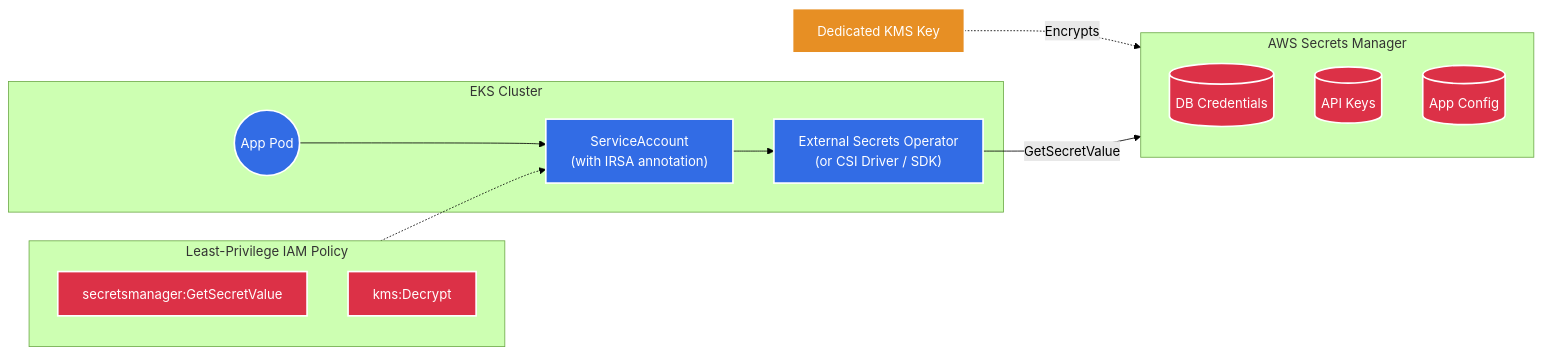
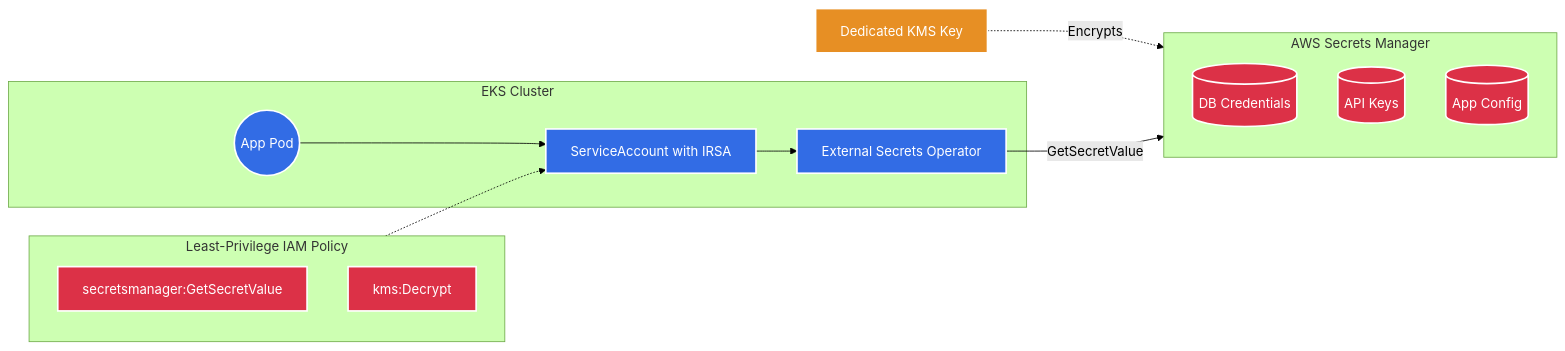
The first of 3 diagrams in modules/secrets-manager/README.md (selvakumarperumal/EKS_k8s_custom_template_with_Terraform), drawn with Mermaid (forest theme) before and after one commit. The commit also changed other lines of this file and 5 other files, not shown here.

Commit message:
docs: rewrite all module READMEs with fixed Mermaid diagrams and Terraform code snippets

````diff
--- a/modules/secrets-manager/README.md
+++ b/modules/secrets-manager/README.md
@@ -9,33 +9,33 @@
 ```mermaid
 graph LR
-    classDef k8s fill:#326CE5,stroke:#fff,stroke-width:2px,color:#fff
-    classDef aws fill:#DC3147,stroke:#fff,stroke-width:2px,color:#fff
-    classDef key fill:#E78F24,stroke:#fff,stroke-width:2px,color:#fff
+    classDef k8sStyle fill:#326CE5,stroke:#fff,stroke-width:2px,color:#fff
+    classDef awsStyle fill:#DC3147,stroke:#fff,stroke-width:2px,color:#fff
+    classDef keyStyle fill:#E78F24,stroke:#fff,stroke-width:2px,color:#fff
 
     subgraph EKS_Cluster ["EKS Cluster"]
         Pod(("App Pod"))
-        SA["ServiceAccount<br/>(with IRSA annotation)"]
-        ESO["External Secrets Operator<br/>(or CSI Driver / SDK)"]
+        SA["ServiceAccount with IRSA"]
+        ESO["External Secrets Operator"]
         Pod --> SA --> ESO
     end
 
     subgraph AWS_SM ["AWS Secrets Manager"]
         DB_Secret[("DB Credentials")]
         API_Secret[("API Keys")]
         App_Secret[("App Config")]
     end
 
     KMS["Dedicated KMS Key"] -. "Encrypts" .-> AWS_SM
     ESO -- "GetSecretValue" --> AWS_SM
 
     subgraph IAM_Policy ["Least-Privilege IAM Policy"]
-        Read["secretsmanager:GetSecretValue"]
-        Decrypt["kms:Decrypt"]
+        ReadAction["secretsmanager:GetSecretValue"]
+        DecryptAction["kms:Decrypt"]
     end
 
     IAM_Policy -.-> SA
 
-    class Pod,SA,ESO k8s
-    class DB_Secret,API_Secret,App_Secret,Read,Decrypt aws
-    class KMS key
+    class Pod,SA,ESO k8sStyle
+    class DB_Secret,API_Secret,App_Secret,ReadAction,DecryptAction awsStyle
+    class KMS keyStyle
 ```
````
